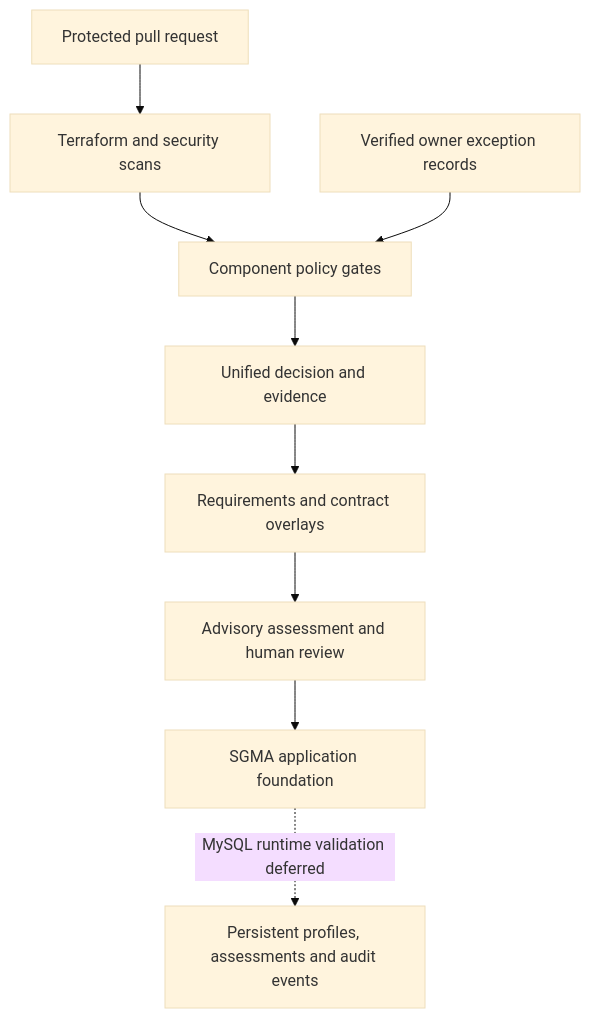
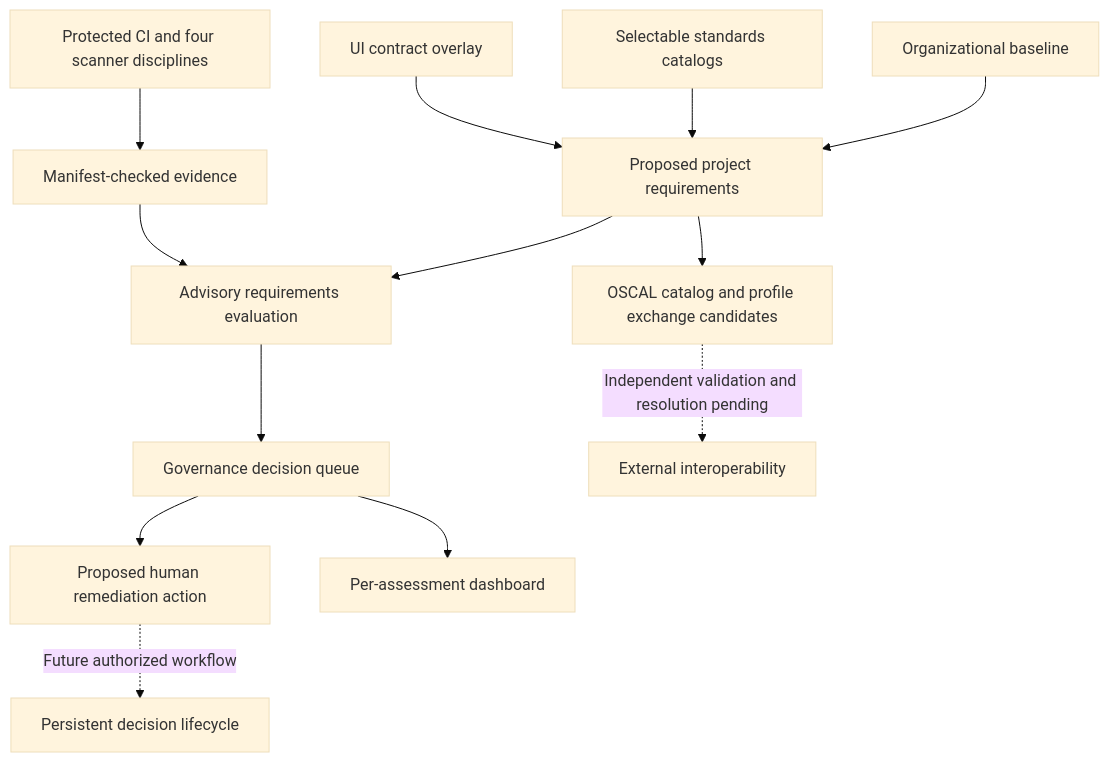
One commit to matthewkniskern-source/Portfolio-Artifacts changed the diagram in Enterprise-Security-Automation/README.md. Above: the diagram before and after it, drawn with Mermaid (base theme). The commit also changed other lines of this file, not shown here.

Commit message:
docs: refresh SGMA architecture and verified QA baseline through QA-02L

````diff
--- a/Enterprise-Security-Automation/README.md
+++ b/Enterprise-Security-Automation/README.md
@@ -29,11 +31,15 @@
 ```mermaid
 flowchart TD
- A[Protected pull request] --> B[Terraform and security scans]
- B --> C[Component policy gates]
- H[Verified owner exception records] --> C
- C --> D[Unified decision and evidence]
- D --> E[Requirements and contract overlays]
- E --> F[Advisory assessment and human review]
- F --> G[SGMA application foundation]
- G -. MySQL runtime validation deferred .-> I[Persistent profiles, assessments and audit events]
+ A[Organizational baseline] --> D[Proposed project requirements]
+ B[Selectable standards catalogs] --> D
+ C[UI contract overlay] --> D
+ D --> E[Advisory requirements evaluation]
+ F[Protected CI and four scanner disciplines] --> G[Manifest-checked evidence]
+ G --> E
+ E --> H[Governance decision queue]
+ H --> I[Proposed human remediation action]
+ H --> J[Per-assessment dashboard]
+ D --> K[OSCAL catalog and profile exchange candidates]
+ K -. Independent validation and resolution pending .-> L[External interoperability]
+ I -. Future authorized workflow .-> M[Persistent decision lifecycle]
 ```
````
